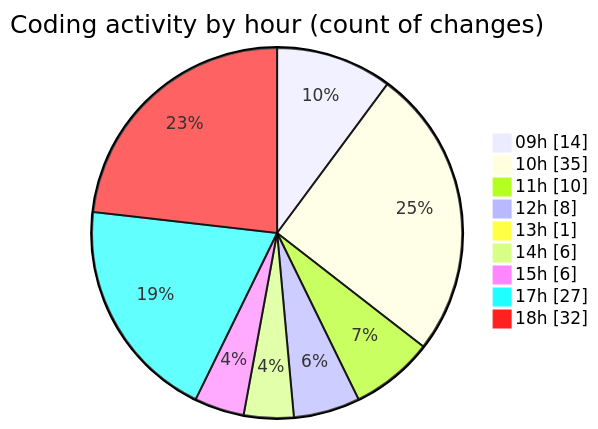
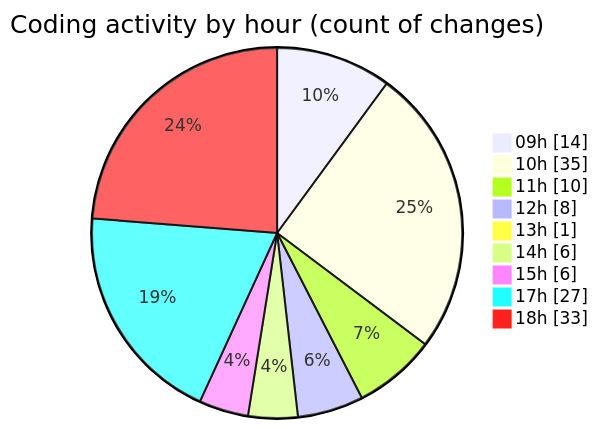
The second of 2 diagrams in 2025-11-10/cda/README.md (momahboobian/code-tracking), drawn with Mermaid before and after one commit. The commit also changed other lines of this file and 1 other file, not shown here.

````diff
--- a/2025-11-10/cda/README.md
+++ b/2025-11-10/cda/README.md
@@ -61,13 +61,13 @@
 ```mermaid
 pie showData
 title Coding activity by hour (count of changes)
 "09h" : 14
 "10h" : 35
 "11h" : 10
 "12h" : 8
 "13h" : 1
 "14h" : 6
 "15h" : 6
 "17h" : 27
-"18h" : 32
+"18h" : 33
 ```
````
